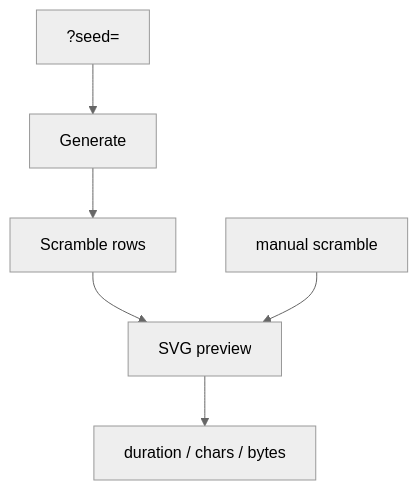
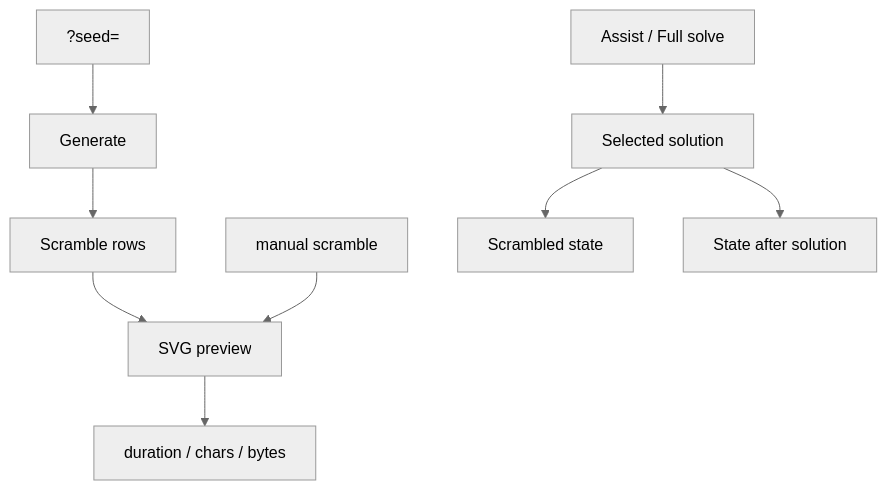
The diagram in docs/apps/playground/diagnostics-and-e2e.md (deweyou/cube-kit), drawn with Mermaid (neutral theme) before and after one commit. The commit also changed other lines of this file and 43 other files, not shown here.

````diff
--- a/docs/apps/playground/diagnostics-and-e2e.md
+++ b/docs/apps/playground/diagnostics-and-e2e.md
@@ -3,8 +3,11 @@
 ```mermaid
 flowchart TD
     Seed["?seed=<integer>"] --> Generate["Generate"]
     Generate --> Rows["Scramble rows"]
     Rows --> Preview["SVG preview"]
     Preview --> Diagnostics["duration / chars / bytes"]
     Manual["manual scramble"] --> Preview
+    Solve["Assist / Full solve"] --> Select["Selected solution"]
+    Select --> Before["Scrambled state"]
+    Select --> After["State after solution"]
 ```
````
